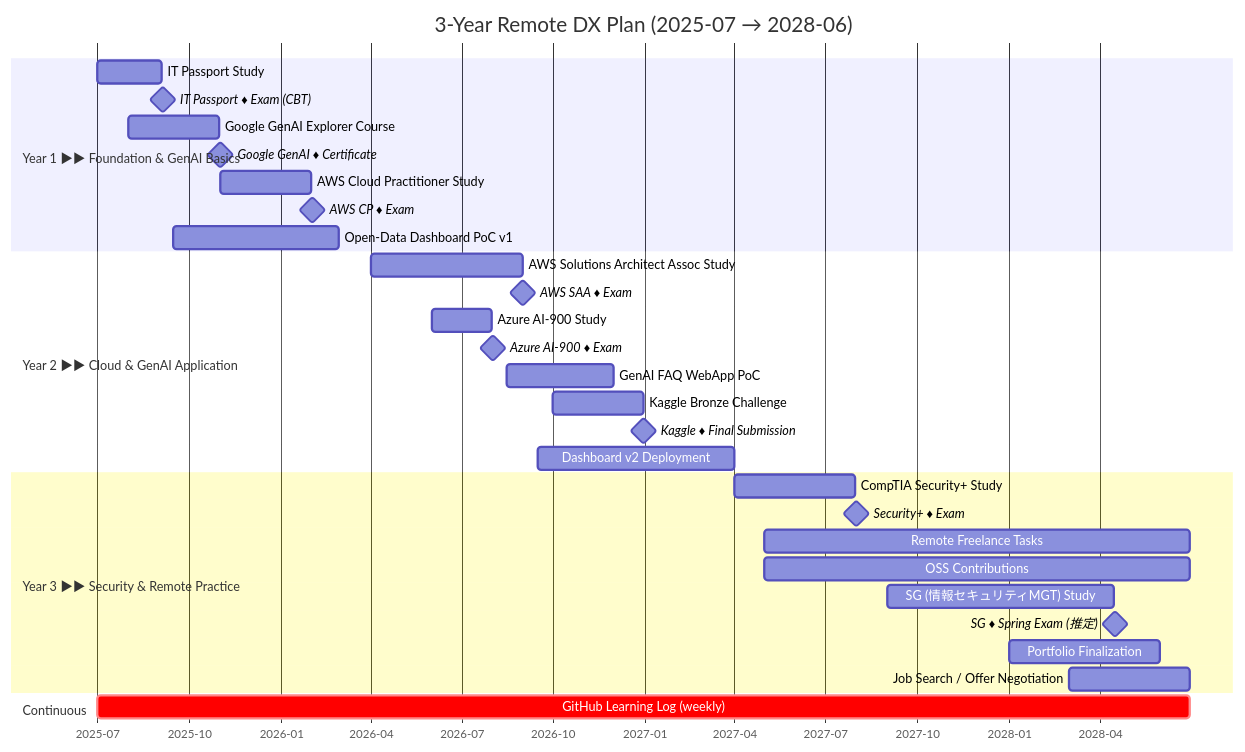
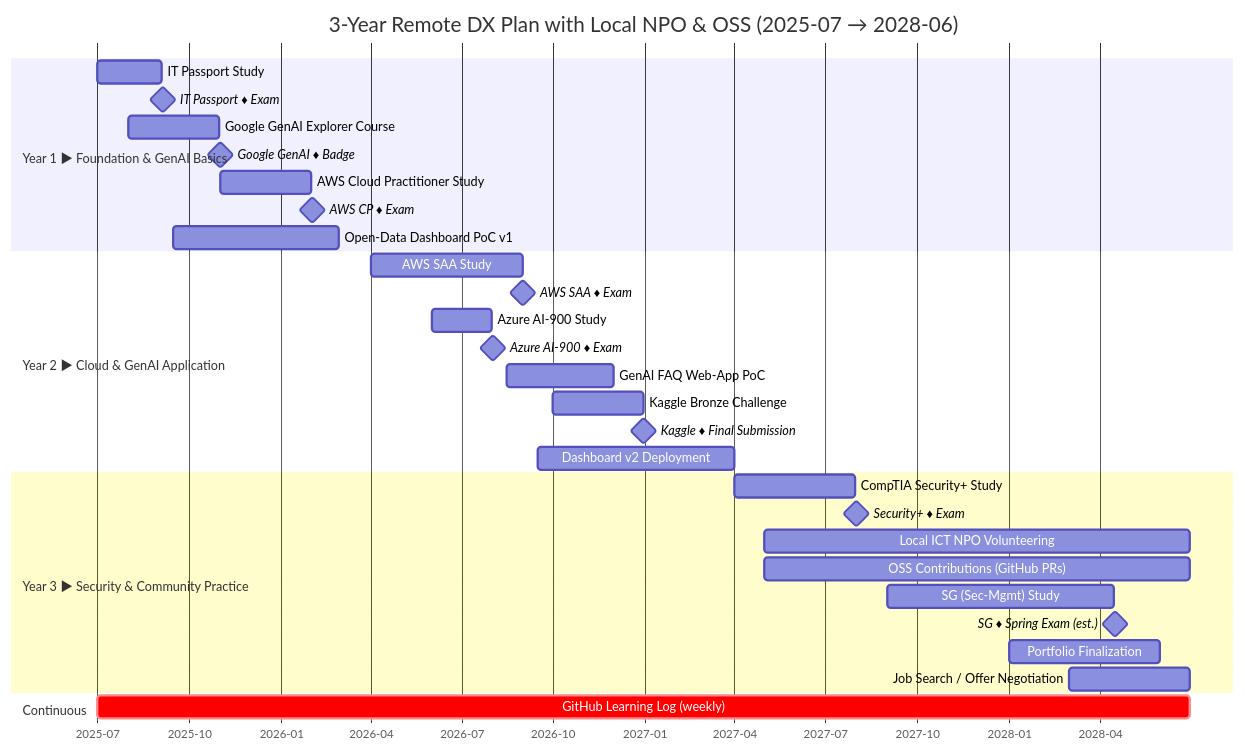
One commit to uruc-0start/- changed the diagram in README.md. Above: the diagram before and after it, drawn with Mermaid.

Commit message:
README.md を更新

````diff
--- a/README.md
+++ b/README.md
@@ -1,42 +1,42 @@
 ```mermaid
 gantt
-  title 3-Year Remote DX Plan (2025-07 → 2028-06)
+  title 3-Year Remote DX Plan with Local NPO & OSS (2025-07 → 2028-06)
   dateFormat  YYYY-MM-DD
   axisFormat  %Y-%m
 
   %% ──────────────── Year 1 ─────────────────
-  section Year 1 ▶▶ Foundation & GenAI Basics
-  IT Passport Study                :itp,      2025-07-01, 2025-09-04
-  IT Passport ♦ Exam (CBT)         :milestone,itp_ex,  2025-09-05, 0d
-  Google GenAI Explorer Course     :genai,    2025-08-01, 2025-10-31
-  Google GenAI ♦ Certificate       :milestone,genai_ex,2025-11-01, 0d
-  AWS Cloud Practitioner Study     :aws_cp,   2025-11-01, 2026-01-31
-  AWS CP ♦ Exam                    :milestone,aws_cp_ex,2026-02-01, 0d
-  Open-Data Dashboard PoC v1       :poc1,     2025-09-15, 2026-02-28
+  section Year 1 ▶ Foundation & GenAI Basics
+  IT Passport Study                 :itp,        2025-07-01, 2025-09-04
+  IT Passport ♦ Exam                :milestone,  itp_ex,    2025-09-05, 0d
+  Google GenAI Explorer Course      :genai,      2025-08-01, 2025-10-31
+  Google GenAI ♦ Badge              :milestone,  genai_ex,  2025-11-01, 0d
+  AWS Cloud Practitioner Study      :aws_cp,     2025-11-01, 2026-01-31
+  AWS CP ♦ Exam                     :milestone,  aws_cp_ex, 2026-02-01, 0d
+  Open-Data Dashboard PoC v1        :poc1,       2025-09-15, 2026-02-28
 
   %% ──────────────── Year 2 ─────────────────
-  section Year 2 ▶▶ Cloud & GenAI Application
-  AWS Solutions Architect Assoc Study :saa,     2026-04-01, 2026-08-31
-  AWS SAA ♦ Exam                    :milestone,saa_ex,  2026-09-01, 0d
-  Azure AI-900 Study               :ai900,    2026-06-01, 2026-07-31
-  Azure AI-900 ♦ Exam              :milestone,ai900_ex,2026-08-01, 0d
-  GenAI FAQ WebApp PoC             :faq,      2026-08-15, 2026-11-30
-  Kaggle Bronze Challenge          :kaggle,   2026-10-01, 2026-12-30
-  Kaggle ♦ Final Submission        :milestone,kaggle_ex,2026-12-31, 0d
-  Dashboard v2 Deployment          :poc2,     2026-09-15, 2027-03-31
+  section Year 2 ▶ Cloud & GenAI Application
+  AWS SAA Study                     :saa,        2026-04-01, 2026-08-31
+  AWS SAA ♦ Exam                    :milestone,  saa_ex,    2026-09-01, 0d
+  Azure AI-900 Study                :ai900,      2026-06-01, 2026-07-31
+  Azure AI-900 ♦ Exam               :milestone,  ai900_ex,  2026-08-01, 0d
+  GenAI FAQ Web-App PoC             :faq,        2026-08-15, 2026-11-30
+  Kaggle Bronze Challenge           :kaggle,     2026-10-01, 2026-12-30
+  Kaggle ♦ Final Submission         :milestone,  kaggle_ex, 2026-12-31, 0d
+  Dashboard v2 Deployment           :poc2,       2026-09-15, 2027-03-31
 
   %% ──────────────── Year 3 ─────────────────
-  section Year 3 ▶▶ Security & Remote Practice
-  CompTIA Security+ Study          :secplus,  2027-04-01, 2027-07-31
-  Security+ ♦ Exam                 :milestone,secplus_ex,2027-08-01, 0d
-  Remote Freelance Tasks           :freelance,2027-05-01, 2028-06-30
-  OSS Contributions                :oss,      2027-05-01, 2028-06-30
-  SG (情報セキュリティMGT) Study   :sgstudy,  2027-09-01, 2028-04-15
-  SG ♦ Spring Exam (推定)           :milestone,sg_ex,   2028-04-16, 0d
-  Portfolio Finalization           :portfolio,2028-01-01, 2028-05-31
-  Job Search / Offer Negotiation   :jobsearch,2028-03-01, 2028-06-30
+  section Year 3 ▶ Security & Community Practice
+  CompTIA Security+ Study           :secplus,    2027-04-01, 2027-07-31
+  Security+ ♦ Exam                  :milestone,  secplus_ex,2027-08-01, 0d
+  Local ICT NPO Volunteering        :npo,        2027-05-01, 2028-06-30
+  OSS Contributions (GitHub PRs)    :oss,        2027-05-01, 2028-06-30
+  SG (Sec-Mgmt) Study               :sgstudy,    2027-09-01, 2028-04-15
+  SG ♦ Spring Exam (est.)           :milestone,  sg_ex,     2028-04-16, 0d
+  Portfolio Finalization            :portfolio,  2028-01-01, 2028-05-31
+  Job Search / Offer Negotiation    :jobsearch,  2028-03-01, 2028-06-30
 
   %% ─────────────── Continuous ──────────────
   section Continuous
-  GitHub Learning Log (weekly)     :crit, ghlog, 2025-07-01, 2028-06-30
+  GitHub Learning Log (weekly)      :crit, ghlog,2025-07-01, 2028-06-30
 ```
````
